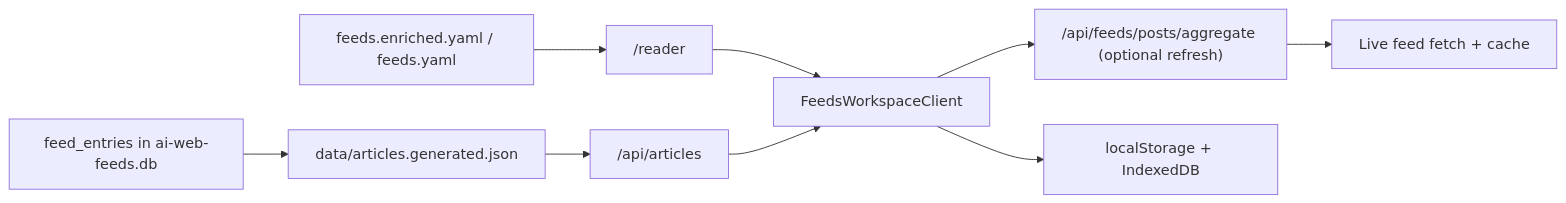
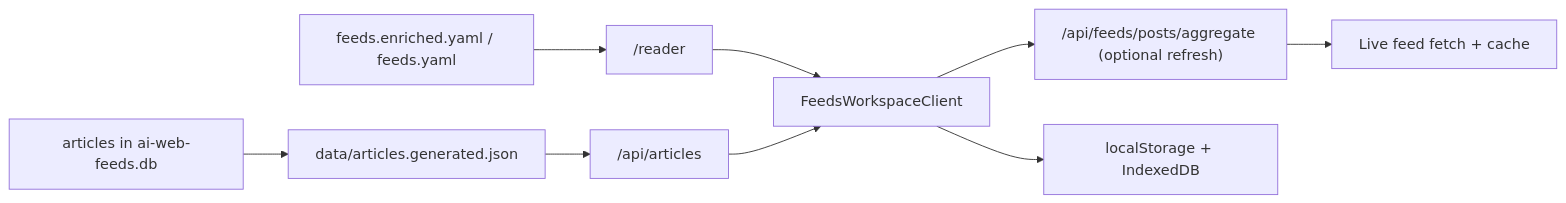
The diagram in apps/web/content/docs/features/reader.mdx (wyattowalsh/ai-web-feeds), drawn with Mermaid before and after one commit. The commit also changed other lines of this file and 226 other files, not shown here.

````diff
--- a/apps/web/content/docs/features/reader.mdx
+++ b/apps/web/content/docs/features/reader.mdx
@@ -46,11 +46,11 @@
 ```mermaid
 flowchart LR
     catalog["feeds.enriched.yaml / feeds.yaml"] --> route["/reader"]
-    runtime["feed_entries in ai-web-feeds.db"] --> corpus["data/articles.generated.json"]
+    runtime["articles in ai-web-feeds.db"] --> corpus["data/articles.generated.json"]
     corpus --> browse["/api/articles"]
     route --> ui["FeedsWorkspaceClient"]
     browse --> ui
     ui --> aggregate["/api/feeds/posts/aggregate (optional refresh)"]
     aggregate --> fetch["Live feed fetch + cache"]
     ui --> local["localStorage + IndexedDB"]
 ```
````
